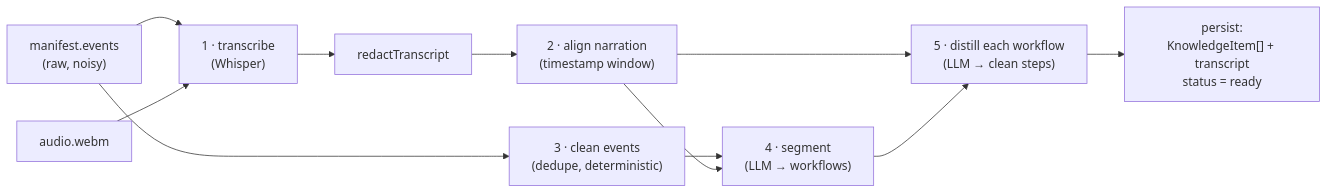
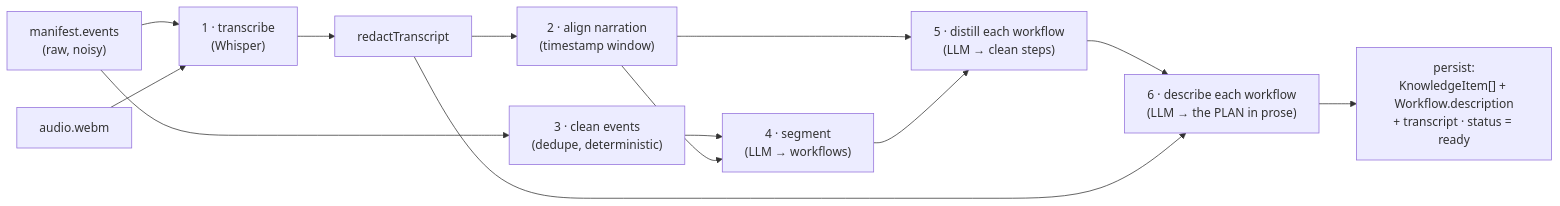
The diagram in docs/internals/knowledge-base.md (himanshu3553/flowbuddy), drawn with Mermaid before and after one commit. The commit also changed other lines of this file and 18 other files, not shown here.

````diff
--- a/docs/internals/knowledge-base.md
+++ b/docs/internals/knowledge-base.md
@@ -64,13 +66,15 @@
 ```mermaid
 flowchart LR
     M["manifest.events<br/>(raw, noisy)"] --> T
     AUD["audio.webm"] --> T["1 · transcribe<br/>(Whisper)"]
     T --> RT["redactTranscript"]
     RT --> AL["2 · align narration<br/>(timestamp window)"]
     M --> CL["3 · clean events<br/>(dedupe, deterministic)"]
     CL --> SG["4 · segment<br/>(LLM → workflows)"]
     AL --> SG
     AL --> DS
     SG --> DS["5 · distill each workflow<br/>(LLM → clean steps)"]
-    DS --> P["persist:<br/>KnowledgeItem[] + transcript<br/>status = ready"]
+    DS --> DE["6 · describe each workflow<br/>(LLM → the PLAN in prose)"]
+    RT --> DE
+    DE --> P["persist:<br/>KnowledgeItem[] + Workflow.description<br/>+ transcript · status = ready"]
 ```
````
